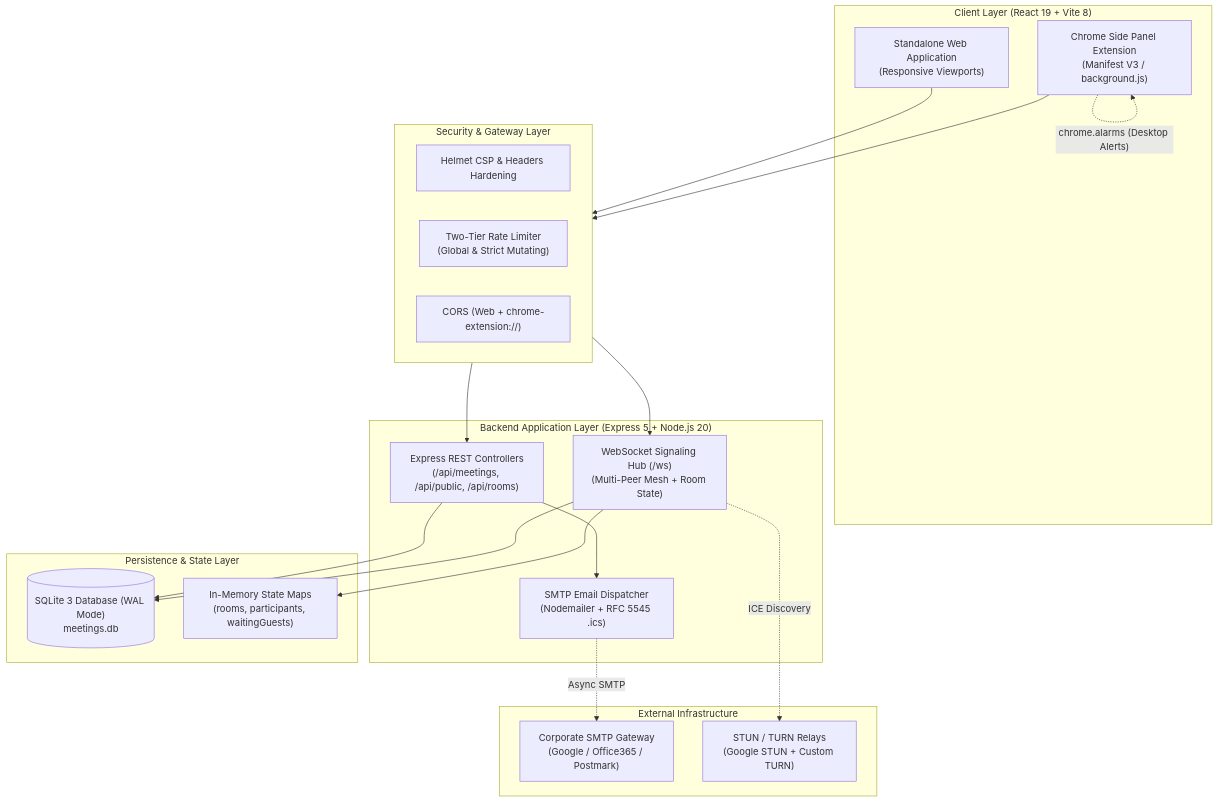
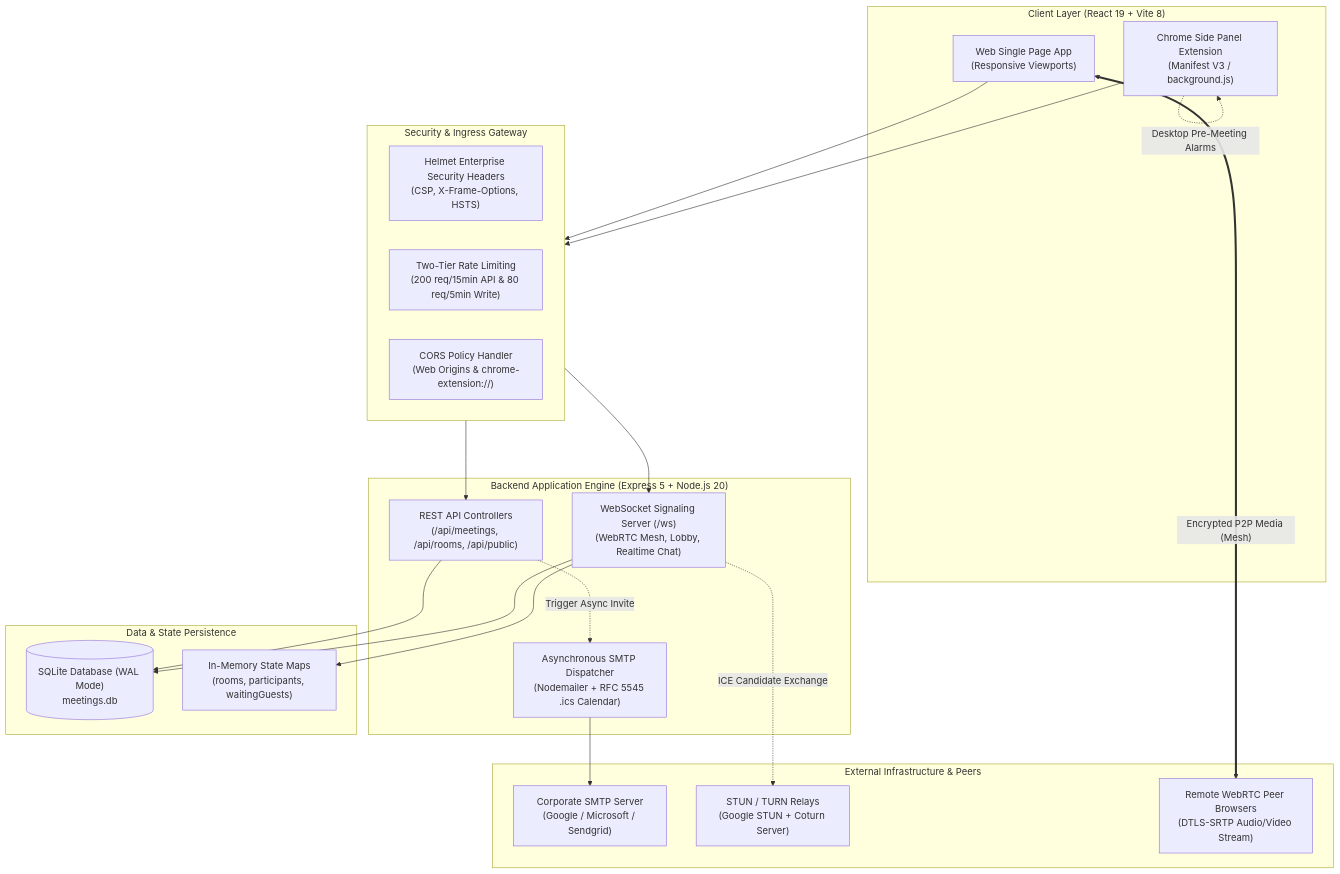
One commit to itssagarK/meetManager changed the first of 10 diagrams in PROJECT_DOCUMENTATION.md. Above: the diagram before and after it, drawn with Mermaid. The commit also changed other lines of this file and 3 other files, not shown here.

````diff
--- a/PROJECT_DOCUMENTATION.md
+++ b/PROJECT_DOCUMENTATION.md
@@ -107,44 +116,46 @@
 ```mermaid
 flowchart TD
-    subgraph ClientLayer["Client Layer (React 19 + Vite 8)"]
-        WebClient["Standalone Web Application\n(Responsive Viewports)"]
-        ExtClient["Chrome Side Panel Extension\n(Manifest V3 / background.js)"]
+    subgraph ClientRuntime["Client Layer (React 19 + Vite 8)"]
+        WebSPA["Web Single Page App\n(Responsive Viewports)"]
+        ChromeExt["Chrome Side Panel Extension\n(Manifest V3 / background.js)"]
     end
 
-    subgraph GatewayLayer["Security & Gateway Layer"]
-        HelmetSec["Helmet CSP & Headers Hardening"]
-        RateLimiter["Two-Tier Rate Limiter\n(Global & Strict Mutating)"]
-        CORSMid["CORS (Web + chrome-extension://)"]
+    subgraph SecurityGateway["Security & Ingress Gateway"]
+        HelmetHeaders["Helmet Enterprise Security Headers\n(CSP, X-Frame-Options, HSTS)"]
+        RateLimits["Two-Tier Rate Limiting\n(200 req/15min API & 80 req/5min Write)"]
+        CORSControl["CORS Policy Handler\n(Web Origins & chrome-extension://)"]
     end
 
-    subgraph ServerLayer["Backend Application Layer (Express 5 + Node.js 20)"]
-        RESTRouter["Express REST Controllers\n(/api/meetings, /api/public, /api/rooms)"]
-        WSHub["WebSocket Signaling Hub (/ws)\n(Multi-Peer Mesh + Room State)"]
-        EmailDispatch["SMTP Email Dispatcher\n(Nodemailer + RFC 5545 .ics)"]
+    subgraph ServerCore["Backend Application Engine (Express 5 + Node.js 20)"]
+        RESTControllers["REST API Controllers\n(/api/meetings, /api/rooms, /api/public)"]
+        SignalingEngine["WebSocket Signaling Server (/ws)\n(WebRTC Mesh, Lobby, Realtime Chat)"]
+        EmailWorker["Asynchronous SMTP Dispatcher\n(Nodemailer + RFC 5545 .ics Calendar)"]
     end
 
-    subgraph DataLayer["Persistence & State Layer"]
-        SQLiteDB[("SQLite 3 Database (WAL Mode)\nmeetings.db")]
-        InMemoryState["In-Memory State Maps\n(rooms, participants, waitingGuests)"]
+    subgraph DataStorage["Data & State Persistence"]
+        SQLiteEngine[("SQLite Database (WAL Mode)\nmeetings.db")]
+        MemoryRooms["In-Memory State Maps\n(rooms, participants, waitingGuests)"]
     end
 
-    subgraph ExternalServices["External Infrastructure"]
-        SMTPRelay["Corporate SMTP Gateway\n(Google / Office365 / Postmark)"]
-        STUNTURN["STUN / TURN Relays\n(Google STUN + Custom TURN)"]
+    subgraph ExternalNetwork["External Infrastructure & Peers"]
+        SMTPRelay["Corporate SMTP Server\n(Google / Microsoft / Sendgrid)"]
+        STUNTURN["STUN / TURN Relays\n(Google STUN + Coturn Server)"]
+        RemotePeers["Remote WebRTC Peer Browsers\n(DTLS-SRTP Audio/Video Stream)"]
     end
 
-    WebClient --> GatewayLayer
-    ExtClient --> GatewayLayer
-    ExtClient -. "chrome.alarms (Desktop Alerts)" .-> ExtClient
+    WebSPA --> SecurityGateway
+    ChromeExt --> SecurityGateway
+    ChromeExt -. "Desktop Pre-Meeting Alarms" .-> ChromeExt
 
-    GatewayLayer --> RESTRouter
-    GatewayLayer --> WSHub
+    SecurityGateway --> RESTControllers
+    SecurityGateway --> SignalingEngine
 
-    RESTRouter --> SQLiteDB
-    RESTRouter --> EmailDispatch
-    WSHub --> InMemoryState
-    WSHub --> SQLiteDB
+    RESTControllers --> SQLiteEngine
+    RESTControllers -. "Trigger Async Invite" .-> EmailWorker
+    EmailWorker --> SMTPRelay
 
-    EmailDispatch -. "Async SMTP" .-> SMTPRelay
-    WSHub -. "ICE Discovery" .-> STUNTURN
+    SignalingEngine --> MemoryRooms
+    SignalingEngine --> SQLiteEngine
+    SignalingEngine -. "ICE Candidate Exchange" .-> STUNTURN
+    WebSPA <== "Encrypted P2P Media (Mesh)" ==> RemotePeers
 ```
````
